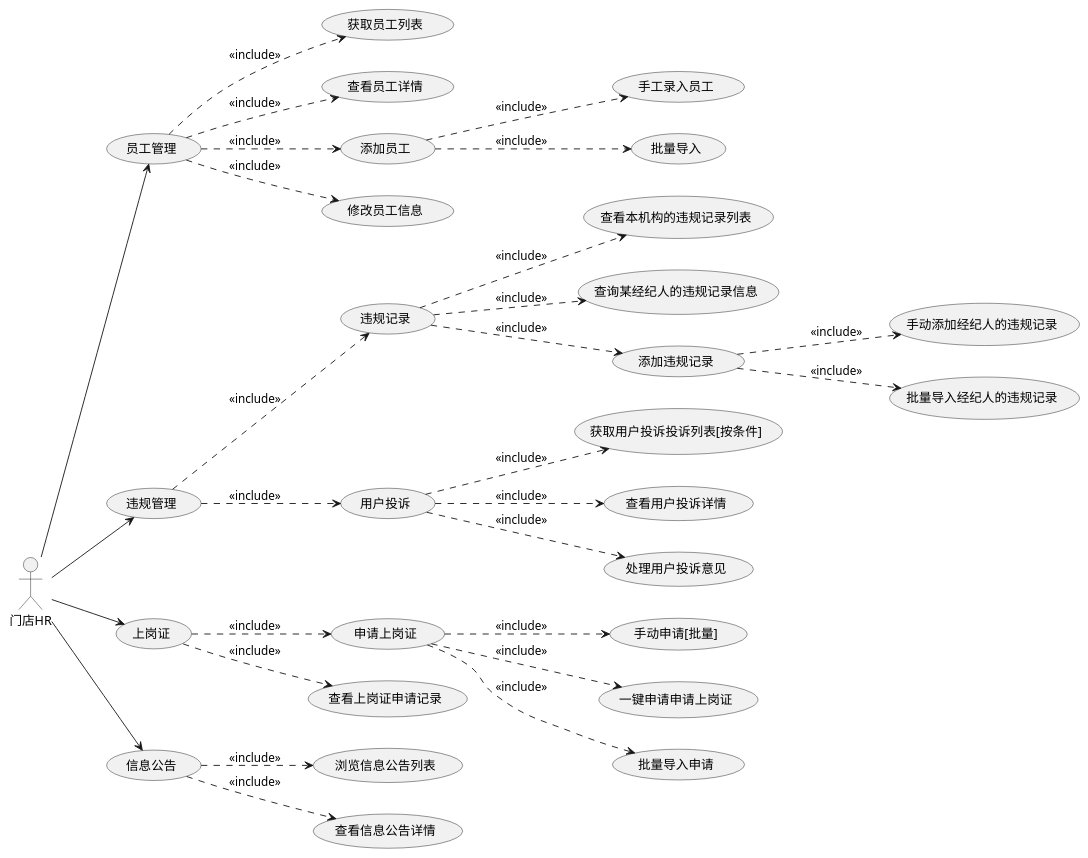
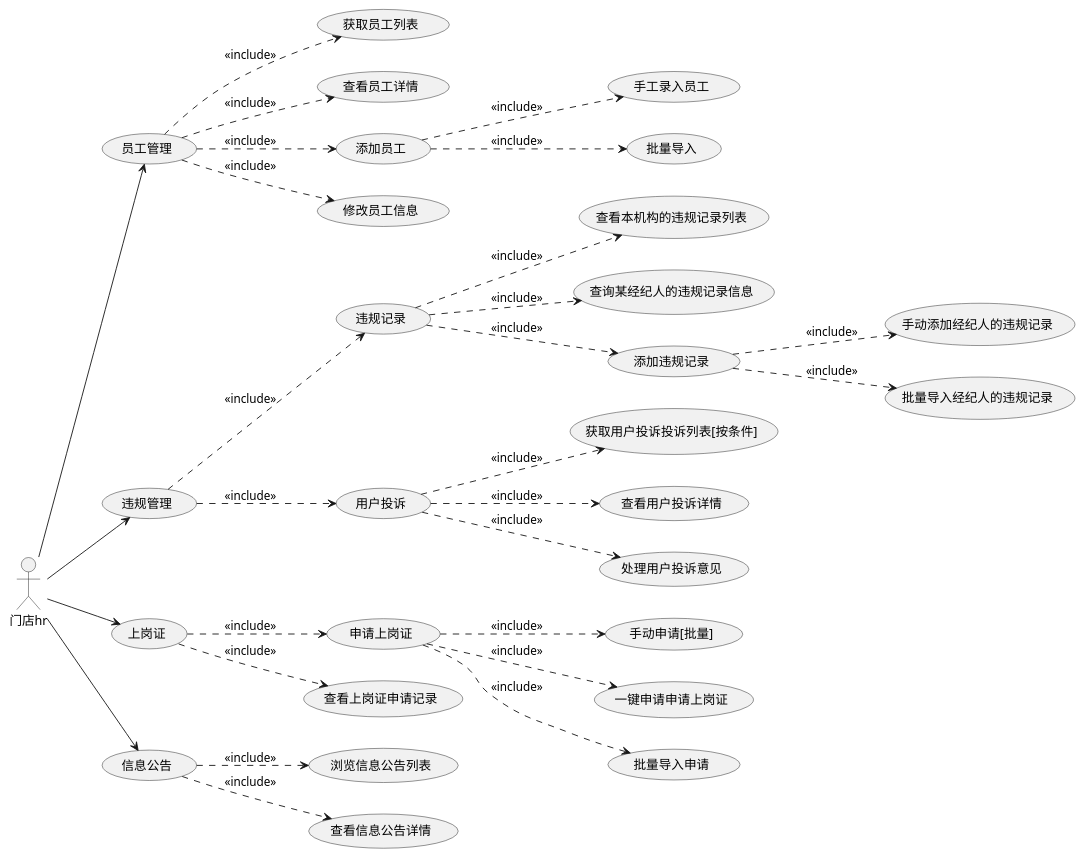
One commit to evildoerX/hyperledger-credit changed the tenth of 12 diagrams in docs/credit/README.md. Above: the diagram before and after it, drawn with PlantUML. The commit also changed other lines of this file, not shown here.

```diff
--- a/docs/credit/README.md
+++ b/docs/credit/README.md
@@ -360,30 +360,30 @@
 @startuml
 left to right direction
-门店HR --> (员工管理)
+门店hr --> (员工管理)
 (员工管理) ..> (获取员工列表): <<include>>
 (员工管理) ..> (查看员工详情): <<include>>
 (员工管理) ..> (添加员工): <<include>>
 (添加员工) ..> (手工录入员工): <<include>>
 (添加员工) ..> (批量导入): <<include>>
 (员工管理) ..> (修改员工信息): <<include>>
-门店HR --> (违规管理)
+门店hr --> (违规管理)
 (违规管理) ..> (违规记录): <<include>>
 (违规记录) ..> (查看本机构的违规记录列表): <<include>>
 (违规记录) ..> (查询某经纪人的违规记录信息): <<include>>
 (违规记录) ..> (添加违规记录): <<include>>
 (添加违规记录) ..> (手动添加经纪人的违规记录): <<include>>
 (添加违规记录) ..> (批量导入经纪人的违规记录): <<include>>
 (违规管理) ..> (用户投诉): <<include>>
 (用户投诉) ..> (获取用户投诉投诉列表[按条件]): <<include>>
 (用户投诉) ..> (查看用户投诉详情): <<include>>
 (用户投诉) ..> (处理用户投诉意见): <<include>>
-门店HR --> (上岗证)
+门店hr --> (上岗证)
 (上岗证) ..> (申请上岗证): <<include>>
 (申请上岗证) ..> (手动申请[批量]): <<include>>
 (申请上岗证) ..> (一键申请申请上岗证): <<include>>
 (申请上岗证) ..> (批量导入申请): <<include>>
 (上岗证) ..> (查看上岗证申请记录): <<include>>
-门店HR --> (信息公告)
+门店hr --> (信息公告)
 (信息公告) ..> (浏览信息公告列表): <<include>>
 (信息公告) ..> (查看信息公告详情): <<include>>
 @enduml
```
